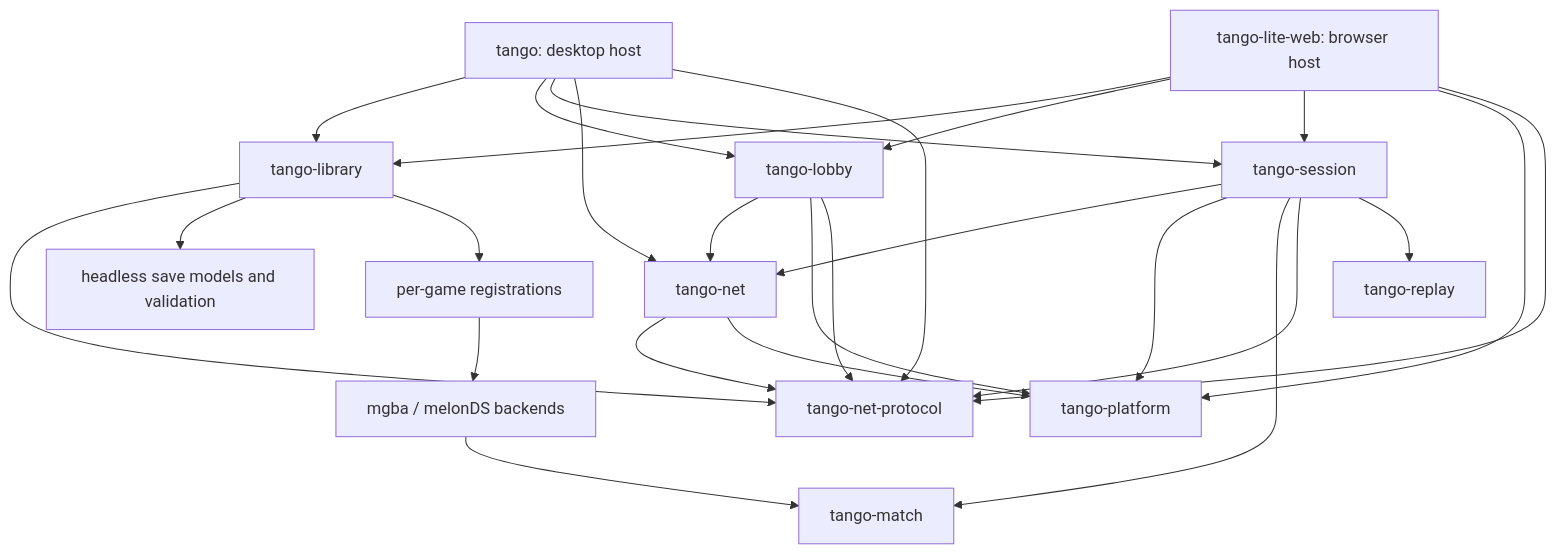
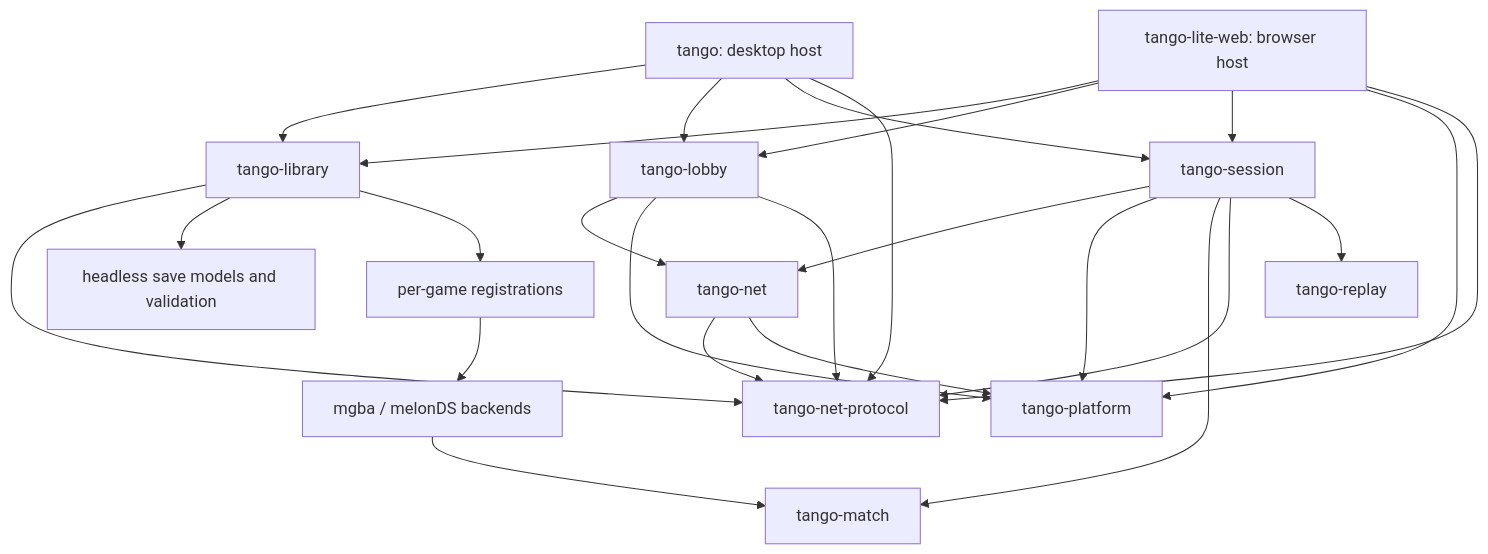
One commit to tangobattle/tango changed the diagram in ARCHITECTURE.md. Above: the diagram before and after it, drawn with Mermaid. The commit also changed other lines of this file and 87 other files, not shown here.

````diff
--- a/ARCHITECTURE.md
+++ b/ARCHITECTURE.md
@@ -17,28 +18,27 @@
 ```mermaid
 flowchart TD
     Desktop[tango: desktop host] --> Library[tango-library]
     Browser[tango-lite-web: browser host] --> Library
     Desktop --> Lobby[tango-lobby]
     Browser --> Lobby
     Desktop --> Session[tango-session]
     Browser --> Session
-    Desktop --> Net[tango-net]
     Browser --> Platform[tango-platform]
     Desktop --> Protocol[tango-net-protocol]
     Browser --> Protocol
-    Lobby --> Net
+    Lobby --> Net[tango-net]
     Session --> Net
     Net --> Protocol
     Net --> Platform
     Lobby --> Platform
     Lobby --> Protocol
     Session --> Platform
     Session --> Match[tango-match]
     Session --> Protocol
     Session --> Replay[tango-replay]
     Library --> Protocol
     Library --> Model[headless save models and validation]
     Library --> Games[per-game registrations]
     Games --> Backends[mgba / melonDS backends]
     Backends --> Match
 ```
````
